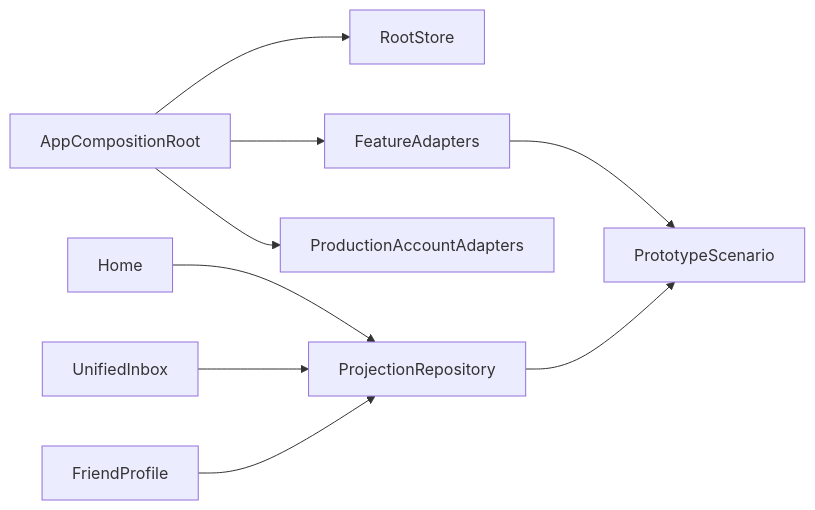
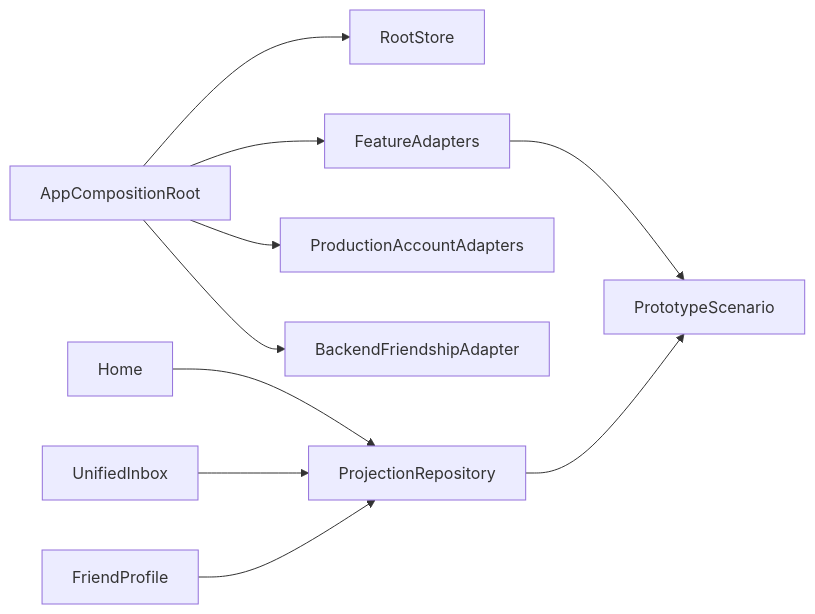
One commit to beyond-labo/free-time-matching changed the diagram in .kiro/specs/ios-app-integration/design.md. Above: the diagram before and after it, drawn with Mermaid. The commit also changed other lines of this file and 59 other files, not shown here.

````diff
--- a/.kiro/specs/ios-app-integration/design.md
+++ b/.kiro/specs/ios-app-integration/design.md
@@ -46,11 +46,12 @@
 ```mermaid
 graph LR
     AppCompositionRoot --> RootStore
     AppCompositionRoot --> FeatureAdapters
     AppCompositionRoot --> ProductionAccountAdapters
+    AppCompositionRoot --> BackendFriendshipAdapter
     FeatureAdapters --> PrototypeScenario
     ProjectionRepository --> PrototypeScenario
     Home --> ProjectionRepository
     UnifiedInbox --> ProjectionRepository
     FriendProfile --> ProjectionRepository
 ```
````
